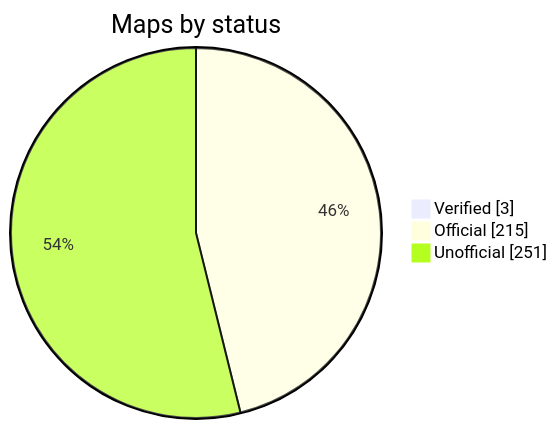
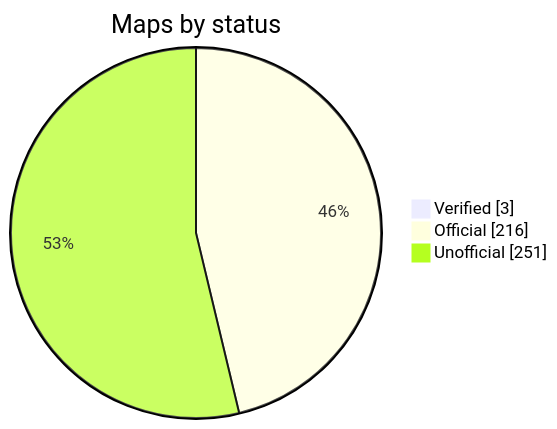
One commit to nobrega8/mbmap-library changed the diagram in README.md. Above: the diagram before and after it, drawn with Mermaid. The commit also changed 2 other files, not shown here.

Commit message:
Add the Microidea EPFCB power factor controller map

````diff
--- a/README.md
+++ b/README.md
@@ -48,7 +48,7 @@
 ```mermaid
 pie showData
     title Maps by status
     "Verified" : 3
-    "Official" : 215
+    "Official" : 216
     "Unofficial" : 251
 ```
````
